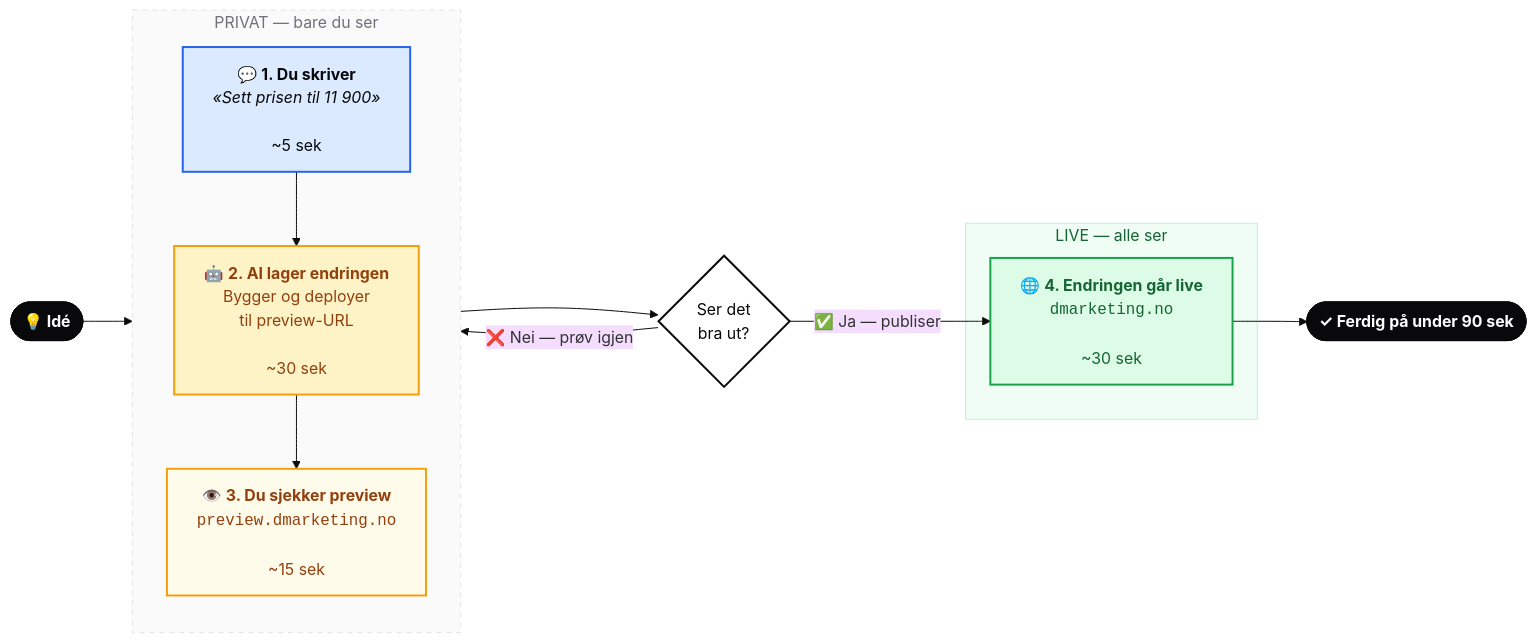
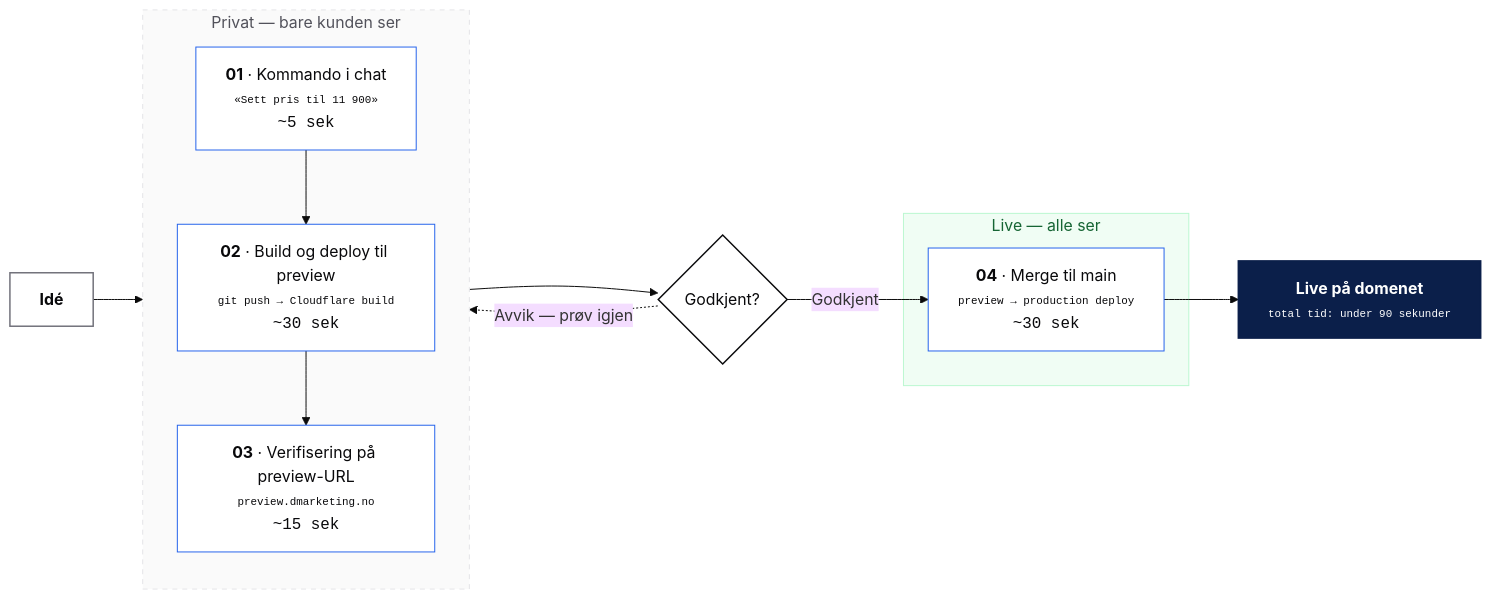
The second of 2 diagrams in demo-video-diagram.md (AdrianDie/Dmarketing), drawn with Mermaid (base theme) before and after one commit. The commit also changed other lines of this file and 1 other file, not shown here.

First line of the commit message:
Replace cute diagrams with professional process flow

````diff
--- a/demo-video-diagram.md
+++ b/demo-video-diagram.md
@@ -9,39 +92,33 @@
 ```mermaid
 flowchart LR
-    Start([💡 Idé]) --> Chat
+    Start["<b>Idé</b>"]:::neutral
 
-    subgraph PRIVAT [" PRIVAT — bare du ser "]
+    subgraph PRIVATE[" Privat — bare kunden ser "]
         direction TB
-        Chat["💬 <b>1. Du skriver</b><br/><i>«Sett prisen til 11 900»</i><br/><br/>~5 sek"]
-        AI["🤖 <b>2. AI lager endringen</b><br/>Bygger og deployer<br/>til preview-URL<br/><br/>~30 sek"]
-        Preview["👁️ <b>3. Du sjekker preview</b><br/><code>preview.dmarketing.no</code><br/><br/>~15 sek"]
-        Chat --> AI --> Preview
+        S1["<b>01</b> · Kommando i chat<br/><span style='font-family:monospace;font-size:11px;color:#71717A'>«Sett pris til 11 900»</span><br/><span style='font-family:monospace;font-size:10px;color:#A1A1AA'>~5 sek</span>"]
+        S2["<b>02</b> · Build og deploy til preview<br/><span style='font-family:monospace;font-size:11px;color:#71717A'>git push → Cloudflare build</span><br/><span style='font-family:monospace;font-size:10px;color:#A1A1AA'>~30 sek</span>"]
+        S3["<b>03</b> · Verifisering på preview-URL<br/><span style='font-family:monospace;font-size:11px;color:#71717A'>preview.dmarketing.no</span><br/><span style='font-family:monospace;font-size:10px;color:#A1A1AA'>~15 sek</span>"]
     end
 
-    Preview --> Check{Ser det<br/>bra ut?}
-    Check -->|❌ Nei — prøv igjen| AI
-    Check -->|✅ Ja — publiser| Publish
+    Decision{"Godkjent?"}:::decision
 
-    subgraph LIVE [" LIVE — alle ser "]
-        Publish["🌐 <b>4. Endringen går live</b><br/><code>dmarketing.no</code><br/><br/>~30 sek"]
+    subgraph PUBLIC[" Live — alle ser "]
+        S4["<b>04</b> · Merge til main<br/><span style='font-family:monospace;font-size:11px;color:#71717A'>preview → production deploy</span><br/><span style='font-family:monospace;font-size:10px;color:#A1A1AA'>~30 sek</span>"]
     end
 
-    Publish --> End([✓ Ferdig på under 90 sek])
+    End["<b>Live på domenet</b><br/><span style='font-family:monospace;font-size:11px;color:#FFFFFF;opacity:0.7'>total tid: under 90 sekunder</span>"]:::output
 
-    classDef startEnd fill:#09090B,stroke:#09090B,color:#FFFFFF,font-weight:bold
-    classDef user fill:#DBEAFE,stroke:#2563EB,color:#09090B,stroke-width:2px
-    classDef ai fill:#FEF3C7,stroke:#F59E0B,color:#92400E,stroke-width:2px
-    classDef preview fill:#FFFBEB,stroke:#F59E0B,color:#92400E,stroke-width:2px
-    classDef live fill:#DCFCE7,stroke:#16A34A,color:#166534,stroke-width:2px
-    classDef decision fill:#FFFFFF,stroke:#09090B,color:#09090B,stroke-width:2px
+    Start --> S1 --> S2 --> S3 --> Decision
+    Decision -.->|"Avvik — prøv igjen"| S2
+    Decision -->|"Godkjent"| S4 --> End
 
-    class Start,End startEnd
-    class Chat user
-    class AI ai
-    class Preview preview
-    class Publish live
-    class Check decision
+    classDef neutral fill:#FFFFFF,stroke:#71717A,color:#09090B,stroke-width:1.5px
+    classDef step fill:#FFFFFF,stroke:#2563EB,color:#09090B,stroke-width:1px
+    classDef decision fill:#FFFFFF,stroke:#09090B,color:#09090B,stroke-width:1.5px
+    classDef output fill:#0B1F4A,stroke:#0B1F4A,color:#FFFFFF,stroke-width:1.5px
 
-    style PRIVAT fill:#FAFAFA,stroke:#E4E4E7,stroke-dasharray: 5 5,color:#71717A
-    style LIVE fill:#F0FDF4,stroke:#BBF7D0,color:#166534
+    class S1,S2,S3,S4 step
+
+    style PRIVATE fill:#FAFAFA,stroke:#E4E4E7,color:#52525B,stroke-dasharray:5 5
+    style PUBLIC fill:#F0FDF4,stroke:#BBF7D0,color:#166534
 ```
````
